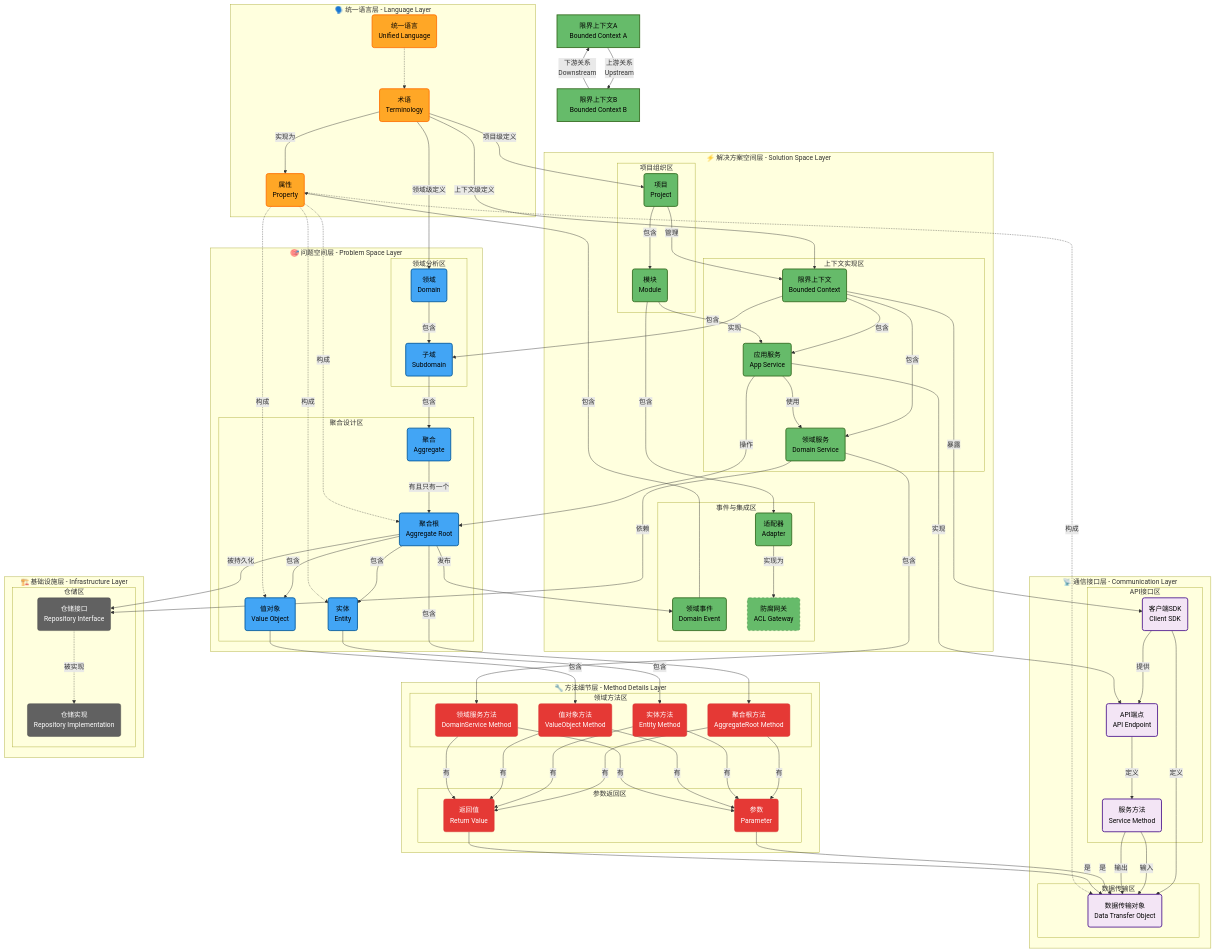
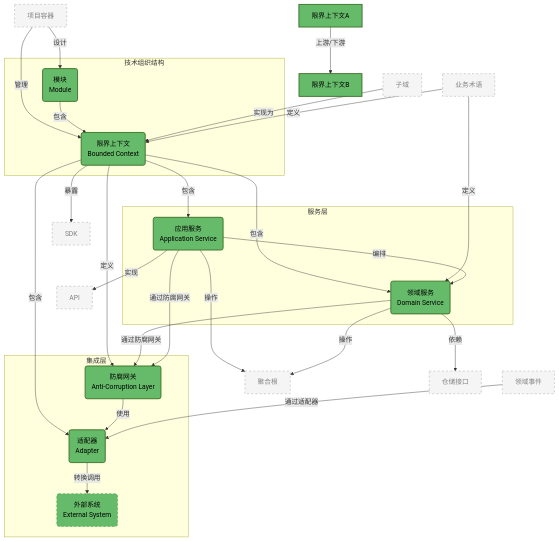
The fifth of 8 diagrams in docs/DDD元数据驱动开发平台-v1.0/object-jsonschemas/schemas-architecture.md (yudaocode/yudao-cloud-mini), drawn with Mermaid before and after one commit. The commit also changed other lines of this file and 49 other files, not shown here.

````diff
--- a/docs/DDD元数据驱动开发平台-v1.0/object-jsonschemas/schemas-architecture.md
+++ b/docs/DDD元数据驱动开发平台-v1.0/object-jsonschemas/schemas-architecture.md
@@ -157,176 +263,77 @@
 ```mermaid
 graph TB
-    %% 样式定义 - 采用选项A的详细样式
-    classDef problem fill:#42a5f5,stroke:#01579b,stroke-width:2px,color:black;
     classDef solution fill:#66bb6a,stroke:#33691e,stroke-width:2px,color:black;
-    classDef language fill:#ffa726,stroke:#ff6f00,stroke-width:2px,color:black;
     classDef integration fill:#66bb6a,stroke:#2e7d32,stroke-width:1px,stroke-dasharray: 5 5,color:black;
-    classDef infrastructure fill:#616161,stroke:#424242,stroke-width:1px,color:white;
-    classDef method fill:#e53935,stroke:#d32f2f,stroke-width:1px,color:white;
-    classDef communication fill:#f3e5f5,stroke:#4a148c,stroke-width:2px,color:black;
-
-    %% ==================== 第1层：统一语言层 (Language Layer) ====================
-    subgraph L1 [🗣️ 统一语言层 - Language Layer]
-        UL(统一语言<br/>Unified Language):::language
-        TERM(术语<br/>Terminology):::language
-        PROP(属性<br/>Property):::language
-        
-        UL -.-> TERM
-        TERM -->|实现为| PROP
+    classDef external fill:#f5f5f5,stroke:#9e9e9e,stroke-width:1px,stroke-dasharray: 5 5,color:gray;
+    
+    %% 本域核心对象 - 技术组织结构
+    subgraph SD_ORGANIZATION [技术组织结构]
+        MOD(模块<br/>Module):::solution
+        BC(限界上下文<br/>Bounded Context):::solution
     end
-
-    %% ==================== 第2层：问题空间层 (Problem Space Layer) ====================
-    subgraph L2 [🎯 问题空间层 - Problem Space Layer]
-        %% 问题空间分区 - 领域分析区
-        subgraph PS_DOMAIN [领域分析区]
-            DOM(领域<br/>Domain):::problem
-            SUB(子域<br/>Subdomain):::problem
-        end
-        
-        %% 问题空间分区 - 聚合设计区
-        subgraph PS_AGGREGATE [聚合设计区]
-            AGG(聚合<br/>Aggregate):::problem
-            AR(聚合根<br/>Aggregate Root):::problem
-            ENT(实体<br/>Entity):::problem
-            VO(值对象<br/>Value Object):::problem
-        end
-        
-        %% 问题空间内部关系
-        DOM -->|包含| SUB
-        SUB -->|包含| AGG
-        AGG -->|有且只有一个| AR
-        AR -->|包含| ENT
-        AR -->|包含| VO
+    
+    %% 本域核心对象 - 服务层
+    subgraph SD_SERVICES [服务层]
+        DS(领域服务<br/>Domain Service):::solution
+        APP_S(应用服务<br/>Application Service):::solution
     end
-
-    %% ==================== 第3层：解决方案空间层 (Solution Space Layer) ====================
-    subgraph L3 [⚡ 解决方案空间层 - Solution Space Layer]
-        %% 解决方案分区 - 项目组织区
-        subgraph SS_PROJECT [项目组织区]
-            PROJ(项目<br/>Project):::solution
-            MOD(模块<br/>Module):::solution
-        end
-        
-        %% 解决方案分区 - 上下文实现区
-        subgraph SS_CONTEXT [上下文实现区]
-            BC(限界上下文<br/>Bounded Context):::solution
-            DS(领域服务<br/>Domain Service):::solution
-            APP_S(应用服务<br/>App Service):::solution
-        end
-        
-        %% 解决方案分区 - 事件与集成区
-        subgraph SS_EVENT [事件与集成区]
-            DE(领域事件<br/>Domain Event):::solution
-            ADPT(适配器<br/>Adapter):::solution
-            GATEWAY(防腐网关<br/>ACL Gateway):::integration
-        end
-        
-        %% 解决方案空间内部关系
-        PROJ -->|包含| MOD
-        PROJ -->|管理| BC
-        BC -->|实现| SUB
-        BC -->|包含| DS
-        BC -->|包含| APP_S
-        AR -->|发布| DE
-        ADPT -->|实现为| GATEWAY
-        MOD -->|包含| APP_S
-        MOD -->|包含| ADPT
+    
+    %% 本域核心对象 - 集成层
+    subgraph SD_INTEGRATION [集成层]
+        ADPT(适配器<br/>Adapter):::solution
+        GATEWAY(防腐网关<br/>Anti-Corruption Layer):::solution
+        EXT_SYSTEM(外部系统<br/>External System):::integration
     end
-
-    %% ==================== 第4层：通信接口层 (Communication Layer) ====================
-    subgraph L4 [📡 通信接口层 - Communication Layer]
-        %% 通信分区 - API接口区
-        subgraph CI_API [API接口区]
-            SDK(客户端SDK<br/>Client SDK):::communication
-            API(API端点<br/>API Endpoint):::communication
-            S_METH(服务方法<br/>Service Method):::communication
-        end
-        
-        %% 通信分区 - 数据传输区
-        subgraph CI_DTO [数据传输区]
-            DTO(数据传输对象<br/>Data Transfer Object):::communication
-        end
-        
-        %% 通信接口内部关系
-        BC -->|暴露| SDK
-        SDK -->|提供| API
-        SDK -->|定义| DTO
-        API -->|定义| S_METH
-        APP_S -->|实现| API
-        S_METH -->|输入| DTO
-        S_METH -->|输出| DTO
-    end
-
-    %% ==================== 第5层：方法细节层 (Method Details Layer) ====================
-    subgraph L5 [🔧 方法细节层 - Method Details Layer]
-        %% 方法分区 - 领域方法区
-        subgraph MD_DOMAIN [领域方法区]
-            AR_METH(聚合根方法<br/>AggregateRoot Method):::method
-            ENT_METH(实体方法<br/>Entity Method):::method
-            VO_METH(值对象方法<br/>ValueObject Method):::method
-            DS_METH(领域服务方法<br/>DomainService Method):::method
-        end
-        
-        %% 方法分区 - 参数返回区
-        subgraph MD_PARAM [参数返回区]
-            PARAM(参数<br/>Parameter):::method
-            RETURN(返回值<br/>Return Value):::method
-        end
-        
-        %% 方法细节内部关系
-        AR -->|包含| AR_METH
-        ENT -->|包含| ENT_METH
-        VO -->|包含| VO_METH
-        DS -->|包含| DS_METH
-        
-        AR_METH -->|有| PARAM
-        AR_METH -->|有| RETURN
-        ENT_METH -->|有| PARAM
-        ENT_METH -->|有| RETURN
-        VO_METH -->|有| PARAM
-        VO_METH -->|有| RETURN
-        DS_METH -->|有| PARAM
-        DS_METH -->|有| RETURN
-        
-        %% 参数和返回值都是DTO
-        PARAM -->|是| DTO
-        RETURN -->|是| DTO
-    end
-
-    %% ==================== 第6层：基础设施层 (Infrastructure Layer) ====================
-    subgraph L6 [🏗️ 基础设施层 - Infrastructure Layer]
-        %% 基础设施分区 - 仓储区
-        subgraph INFRA_REPO [仓储区]
-            REPO_IFACE(仓储接口<br/>Repository Interface):::infrastructure
-            REPO_IMPL(仓储实现<br/>Repository Implementation):::infrastructure
-        end
-        
-        %% 基础设施内部关系
-        REPO_IFACE -.->|被实现| REPO_IMPL
-        AR -->|被持久化| REPO_IFACE
-        DS -->|依赖| REPO_IFACE
-    end
-
-    %% ==================== 跨层关系：上下文映射 ====================
-    BC_A[限界上下文A<br/>Bounded Context A]:::solution
-    BC_B[限界上下文B<br/>Bounded Context B]:::solution
-    BC_A -->|上游关系<br/>Upstream| BC_B
-    BC_B -->|下游关系<br/>Downstream| BC_A
-
-    %% ==================== 跨层关系：术语作用域 ====================
-    TERM -->|项目级定义| PROJ
-    TERM -->|领域级定义| DOM
-    TERM -->|上下文级定义| BC
-
-    %% ==================== 跨层关系：属性构成 ====================
-    PROP -.->|构成| AR
-    PROP -.->|构成| ENT
-    PROP -.->|构成| VO
-    PROP -.->|构成| DTO
-    DE -->|包含| PROP
-
-    %% ==================== 应用层使用关系 ====================
-    APP_S -->|使用| DS
-    APP_S -->|操作| AR
-
+    
+    %% 外部域引用节点
+    PROJECT_EXT[项目容器]:::external
+    SUB_EXT[子域]:::external
+    TERM_EXT[业务术语]:::external
+    AR_EXT[聚合根]:::external
+    DE_EXT[领域事件]:::external
+    SDK_EXT[SDK]:::external
+    API_EXT[API]:::external
+    REPO_EXT[仓储接口]:::external
+    
+    %% 项目包含解决方案域
+    PROJECT_EXT -->|设计| MOD
+    PROJECT_EXT -->|管理| BC
+    
+    %% 本域内部关系
+    MOD -->|包含| BC
+    BC -->|包含| DS
+    BC -->|包含| APP_S
+    BC -->|包含| ADPT
+    BC -->|定义| GATEWAY
+    
+    %% 集成层内部关系
+    GATEWAY -->|使用| ADPT
+    ADPT -->|转换调用| EXT_SYSTEM
+    
+    %% 上下文映射关系（同级）
+    BC_A[限界上下文A]:::solution
+    BC_B[限界上下文B]:::solution
+    BC_A -->|上游/下游| BC_B
+    
+    %% 跨域关系 - 问题域映射
+    SUB_EXT -->|实现为| BC
+    TERM_EXT -->|定义| BC
+    TERM_EXT -->|定义| DS
+    
+    %% 跨域关系 - 通信接口暴露
+    BC -->|暴露| SDK_EXT
+    APP_S -->|实现| API_EXT
+    
+    %% 跨域关系 - 领域对象操作
+    APP_S -->|编排| DS
+    APP_S -->|操作| AR_EXT
+    DS -->|操作| AR_EXT
+    
+    %% 跨域关系 - 基础设施依赖
+    DS -->|依赖| REPO_EXT
+    DE_EXT -->|通过适配器| ADPT
+    
+    %% 跨域关系 - 外部系统集成
+    DS -->|通过防腐网关| GATEWAY
+    APP_S -->|通过防腐网关| GATEWAY
 ```
````
